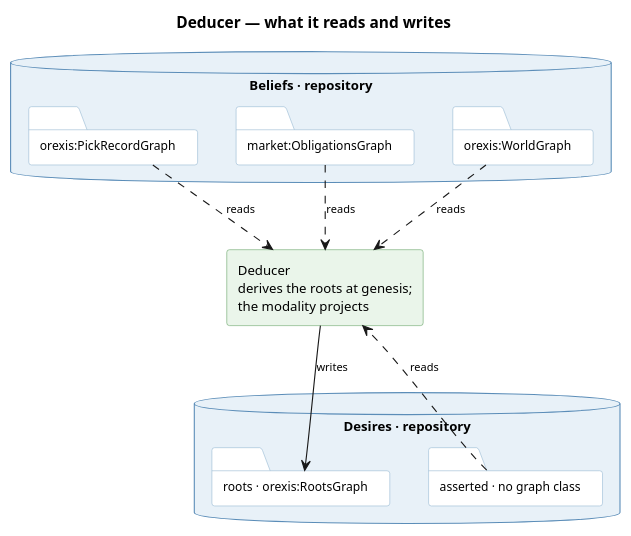
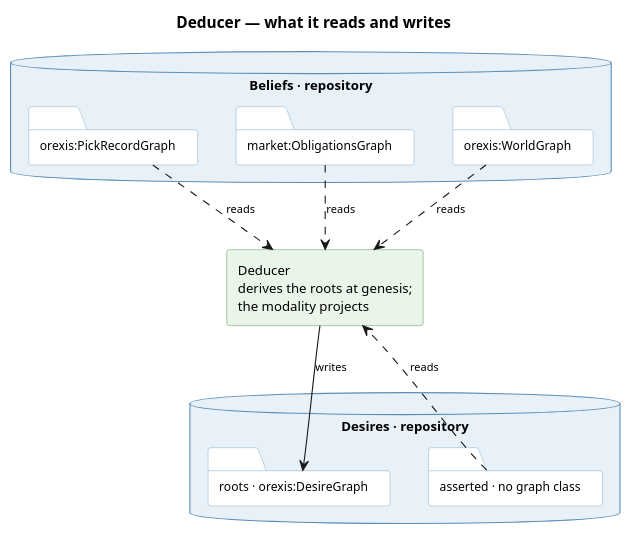
The diagram in knowledge/diagrams/service-deducer.puml (ShishkinDmitriy/orexis), drawn with PlantUML before and after one commit. The commit also changed 32 other files, not shown here.

```diff
--- a/knowledge/diagrams/service-deducer.puml
+++ b/knowledge/diagrams/service-deducer.puml
@@ -1,44 +1,44 @@
 @startuml service-deducer
 title Deducer — what it reads and writes
 
 skinparam componentStyle rectangle
 skinparam shadowing false
 skinparam defaultFontSize 12
 skinparam titleFontSize 14
 skinparam ArrowFontSize 10
 skinparam database {
   BackgroundColor #E8F1F8
   BorderColor #5B8DB8
 }
 skinparam folder {
   BackgroundColor #FFFFFF
   BorderColor #8FB4D0
   FontSize 11
 }
 skinparam component {
   BackgroundColor #EAF5EA
   BorderColor #5E9E5E
 }
 
 
 database "Beliefs · repository" as BEL {
   folder "orexis:PickRecordGraph" as P
   folder "market:ObligationsGraph" as O
   folder "orexis:WorldGraph" as W
 }
 
 database "Desires · repository" as DES {
   folder "asserted · no graph class" as DA
-  folder "roots · orexis:RootsGraph" as DD
+  folder "roots · orexis:DesireGraph" as DD
 }
 
 component "Deducer\nderives the roots at genesis;\nthe modality projects" as DB
 
 
 P ..> DB : reads
 O ..> DB : reads
 W ..> DB : reads
 DA ..> DB : reads
 DB --> DD : writes
 
 @enduml
```
